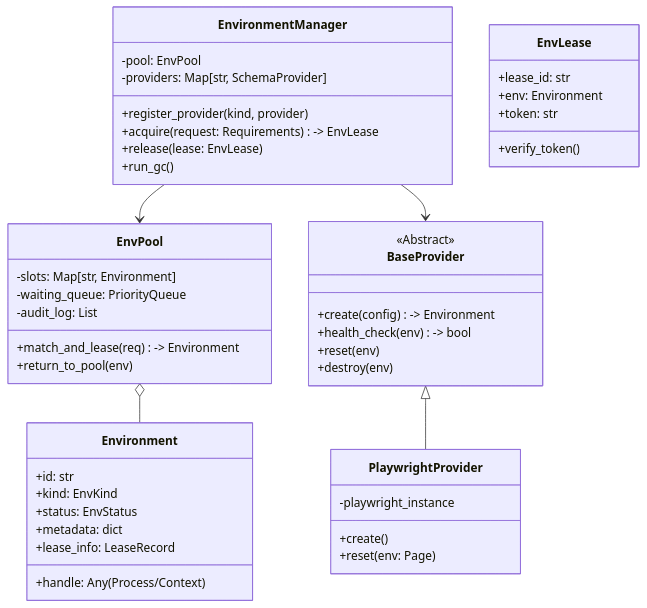
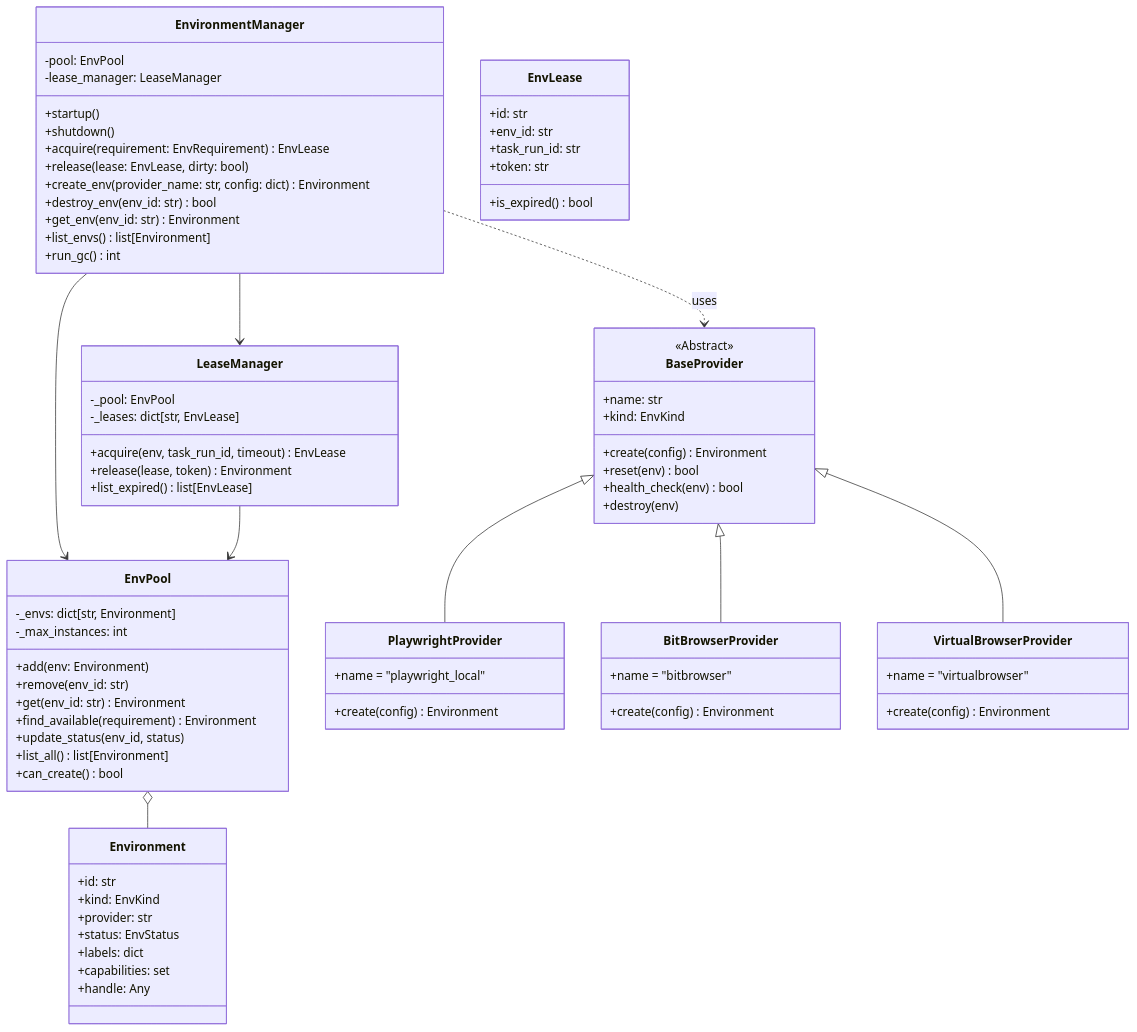
The first of 5 diagrams in docs/design/module-01-runtime-environment.md (uroborus2s/crawler4j), drawn with Mermaid before and after one commit. The commit also changed other lines of this file and 26 other files, not shown here.

Commit message:
feat: implement IP Pool management UI and integrate into EnvManager

````diff
--- a/docs/design/module-01-runtime-environment.md
+++ b/docs/design/module-01-runtime-environment.md
@@ -14,53 +14,87 @@
 classDiagram
     class EnvironmentManager {
         -pool: EnvPool
-        -providers: Map[str, SchemaProvider]
-        +register_provider(kind, provider)
-        +acquire(request: Requirements) -> EnvLease
-        +release(lease: EnvLease)
-        +run_gc()
+        -lease_manager: LeaseManager
+        +startup()
+        +shutdown()
+        +acquire(requirement: EnvRequirement) EnvLease
+        +release(lease: EnvLease, dirty: bool)
+        +create_env(provider_name: str, config: dict) Environment
+        +destroy_env(env_id: str) bool
+        +get_env(env_id: str) Environment
+        +list_envs() list[Environment]
+        +run_gc() int
     }
 
     class EnvPool {
-        -slots: Map[str, Environment]
-        -waiting_queue: PriorityQueue
-        -audit_log: List
-        +match_and_lease(req) -> Environment
-        +return_to_pool(env)
+        -_envs: dict[str, Environment]
+        -_max_instances: int
+        +add(env: Environment)
+        +remove(env_id: str)
+        +get(env_id: str) Environment
+        +find_available(requirement) Environment
+        +update_status(env_id, status)
+        +list_all() list[Environment]
+        +can_create() bool
+    }
+
+    class LeaseManager {
+        -_pool: EnvPool
+        -_leases: dict[str, EnvLease]
+        +acquire(env, task_run_id, timeout) EnvLease
+        +release(lease, token) Environment
+        +list_expired() list[EnvLease]
     }
 
     class BaseProvider {
         <<Abstract>>
-        +create(config) -> Environment
-        +health_check(env) -> bool
-        +reset(env)
+        +name: str
+        +kind: EnvKind
+        +create(config) Environment
+        +reset(env) bool
+        +health_check(env) bool
         +destroy(env)
     }
 
     class PlaywrightProvider {
-        -playwright_instance
-        +create() 
-        +reset(env: Page)
+        +name = "playwright_local"
+        +create(config) Environment
+    }
+
+    class BitBrowserProvider {
+        +name = "bitbrowser"
+        +create(config) Environment
+    }
+
+    class VirtualBrowserProvider {
+        +name = "virtualbrowser"
+        +create(config) Environment
     }
 
     class Environment {
         +id: str
         +kind: EnvKind
+        +provider: str
         +status: EnvStatus
-        +metadata: dict
-        +handle: Any (Process/Context)
-        +lease_info: LeaseRecord
+        +labels: dict
+        +capabilities: set
+        +handle: Any
     }
 
     class EnvLease {
-        +lease_id: str
-        +env: Environment
+        +id: str
+        +env_id: str
+        +task_run_id: str
         +token: str
-        +verify_token()
+        +is_expired() bool
     }
 
     EnvironmentManager --> EnvPool
-    EnvironmentManager --> BaseProvider
+    EnvironmentManager --> LeaseManager
+    EnvironmentManager ..> BaseProvider : uses
+    LeaseManager --> EnvPool
     BaseProvider <|-- PlaywrightProvider
+    BaseProvider <|-- BitBrowserProvider
+    BaseProvider <|-- VirtualBrowserProvider
     EnvPool o-- Environment
 ```
````
